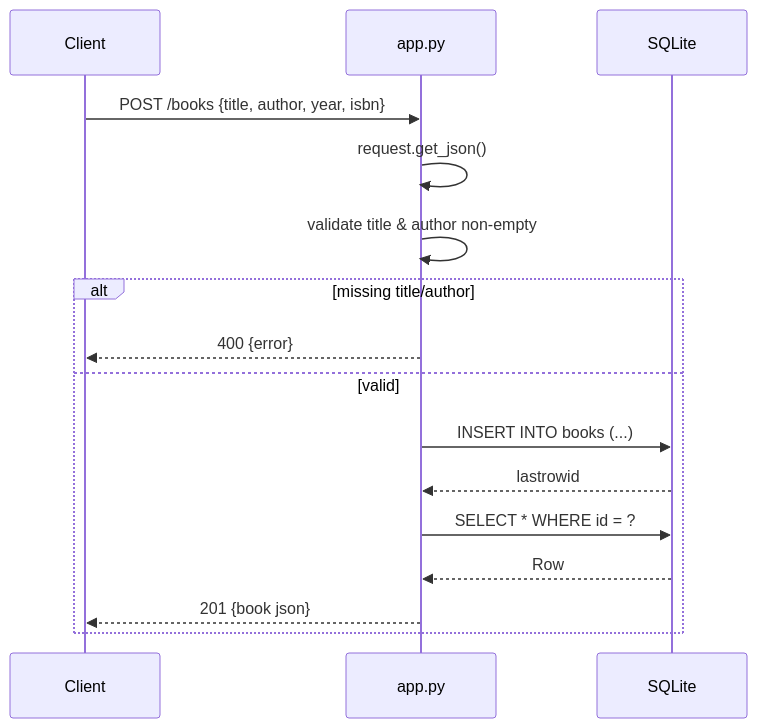
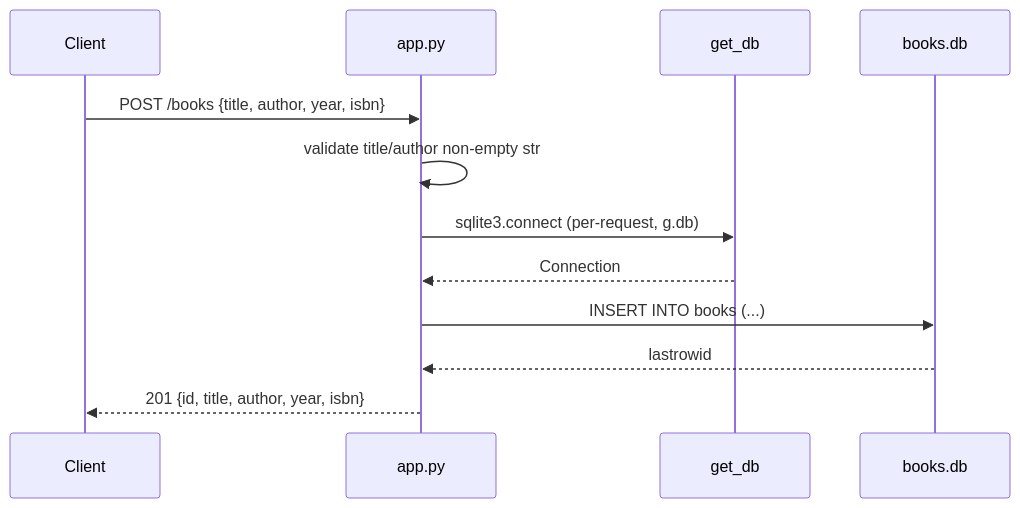
One commit to adrianco/retort changed the diagram in experiment-28-rebaseline-sampling/bookshop/runs/agent=hermes-local_language=python_model=mlxlocal/Qwen3.6-35B-A3B_prompt=neutral_stack=m35/rep1/summary/flow.md. Above: the diagram before and after it, drawn with Mermaid. The commit also changed other lines of this file and 45 other files, not shown here.

````diff
--- a/experiment-28-rebaseline-sampling/bookshop/runs/agent=hermes-local_language=python_model=mlxlocal/Qwen3.6-35B-A3B_prompt=neutral_stack=m35/rep1/summary/flow.md
+++ b/experiment-28-rebaseline-sampling/bookshop/runs/agent=hermes-local_language=python_model=mlxlocal/Qwen3.6-35B-A3B_prompt=neutral_stack=m35/rep1/summary/flow.md
@@ -3,15 +3,10 @@
 ```mermaid
 sequenceDiagram
     Client->>app.py: POST /books {title, author, year, isbn}
-    app.py->>app.py: request.get_json()
-    app.py->>app.py: validate title & author non-empty
-    alt missing title/author
-        app.py-->>Client: 400 {error}
-    else valid
-        app.py->>SQLite: INSERT INTO books (...)
-        SQLite-->>app.py: lastrowid
-        app.py->>SQLite: SELECT * WHERE id = ?
-        SQLite-->>app.py: Row
-        app.py-->>Client: 201 {book json}
-    end
+    app.py->>app.py: validate title/author non-empty str
+    app.py->>get_db: sqlite3.connect (per-request, g.db)
+    get_db-->>app.py: Connection
+    app.py->>books.db: INSERT INTO books (...)
+    books.db-->>app.py: lastrowid
+    app.py-->>Client: 201 {id, title, author, year, isbn}
 ```
````
